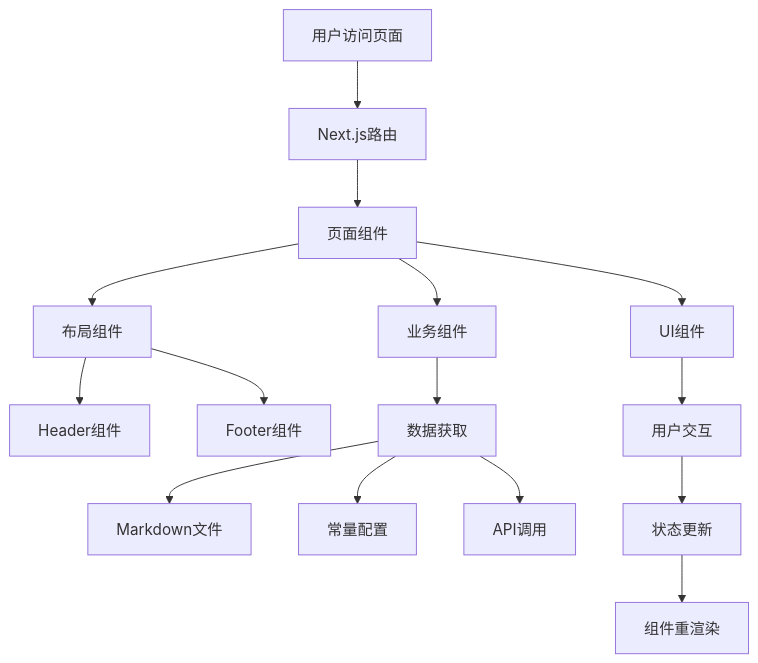
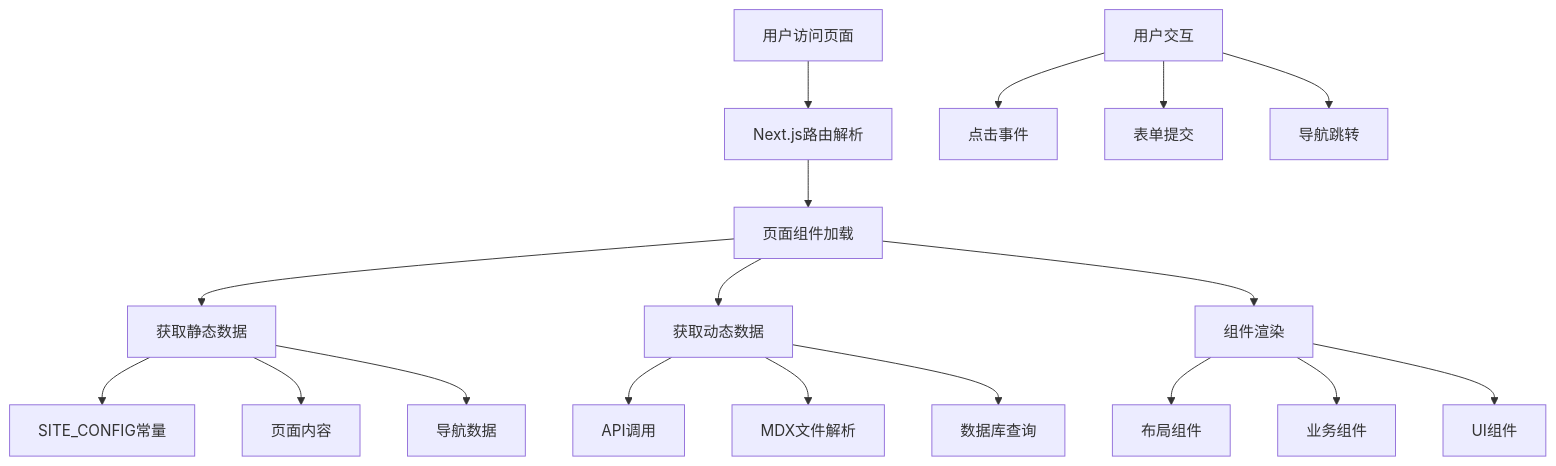
One commit to GItHub-Liu1996/web6 changed the fourth of 14 diagrams in docs/CODE_ARCHITECTURE.md. Above: the diagram before and after it, drawn with Mermaid. The commit also changed other lines of this file and 2 other files, not shown here.

First line of the commit message:
docs: 更新代码架构和交互拓扑图文档

````diff
--- a/docs/CODE_ARCHITECTURE.md
+++ b/docs/CODE_ARCHITECTURE.md
@@ -338,20 +288,24 @@
 ```mermaid
 graph TD
-    A[用户访问页面] --> B[Next.js路由]
-    B --> C[页面组件]
-    C --> D[布局组件]
-    C --> E[业务组件]
-    C --> F[UI组件]
+    A[用户访问页面] --> B[Next.js路由解析]
+    B --> C[页面组件加载]
+    C --> D[获取静态数据]
+    C --> E[获取动态数据]
+    C --> F[组件渲染]
     
-    D --> G[Header组件]
-    D --> H[Footer组件]
+    D --> G[SITE_CONFIG常量]
+    D --> H[页面内容]
+    D --> I[导航数据]
     
-    E --> I[数据获取]
-    I --> J[Markdown文件]
-    I --> K[常量配置]
-    I --> L[API调用]
+    E --> J[API调用]
+    E --> K[MDX文件解析]
+    E --> L[数据库查询]
     
-    F --> M[用户交互]
-    M --> N[状态更新]
-    N --> O[组件重渲染]
+    F --> M[布局组件]
+    F --> N[业务组件]
+    F --> O[UI组件]
+    
+    P[用户交互] --> Q[点击事件]
+    P --> R[表单提交]
+    P --> S[导航跳转]
 ```
````
